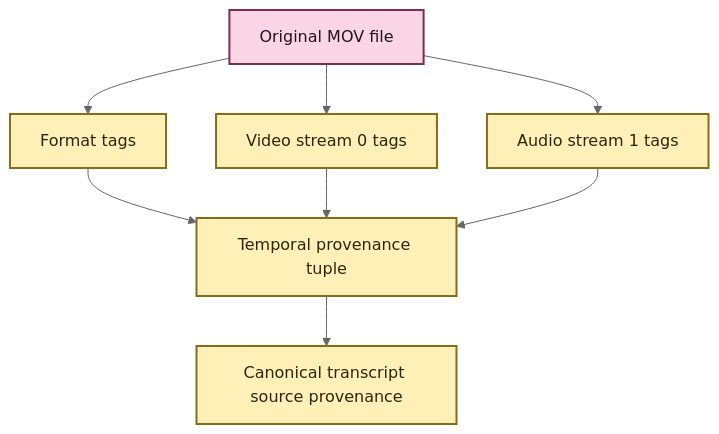
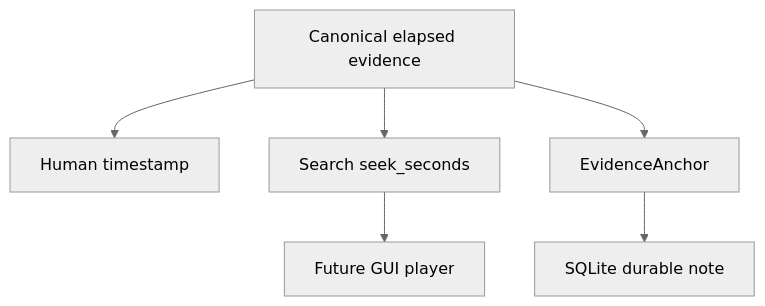
One commit to SSD1805/EchoFlow changed the second of 2 diagrams in docs/architecture/media-and-timeline.md. Above: the diagram before and after it, drawn with Mermaid (neutral theme). The commit also changed other lines of this file, not shown here.

Commit message:
docs: align media timeline with durable note anchors

````diff
--- a/docs/architecture/media-and-timeline.md
+++ b/docs/architecture/media-and-timeline.md
@@ -125,15 +260,8 @@
 ```mermaid
 flowchart TD
-    M[Original MOV file] --> F[Format tags]
-    M --> V[Video stream 0 tags]
-    M --> A[Audio stream 1 tags]
-    F --> E[Temporal provenance tuple]
-    V --> E
-    A --> E
-    E --> C[Canonical transcript source provenance]
-
-    classDef source fill:#F9D5E5,stroke:#7B2E52,stroke-width:2px,color:#22151B
-    classDef evidence fill:#FFF0B8,stroke:#8A6B18,stroke-width:2px,color:#2C260F
-    class M source
-    class F,V,A,E,C evidence
+    A[Canonical elapsed evidence] --> B[Human timestamp]
+    A --> C[Search seek_seconds]
+    A --> D[EvidenceAnchor]
+    D --> E[SQLite durable note]
+    C --> F[Future GUI player]
 ```
````
